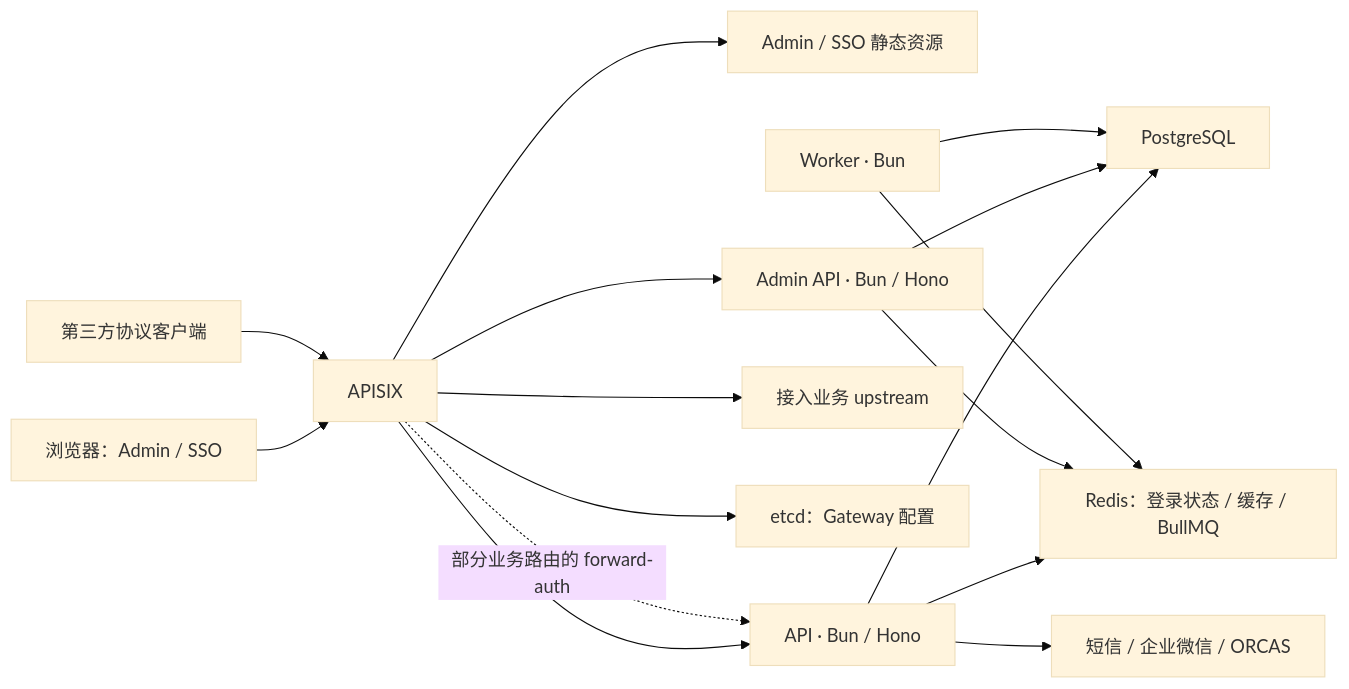
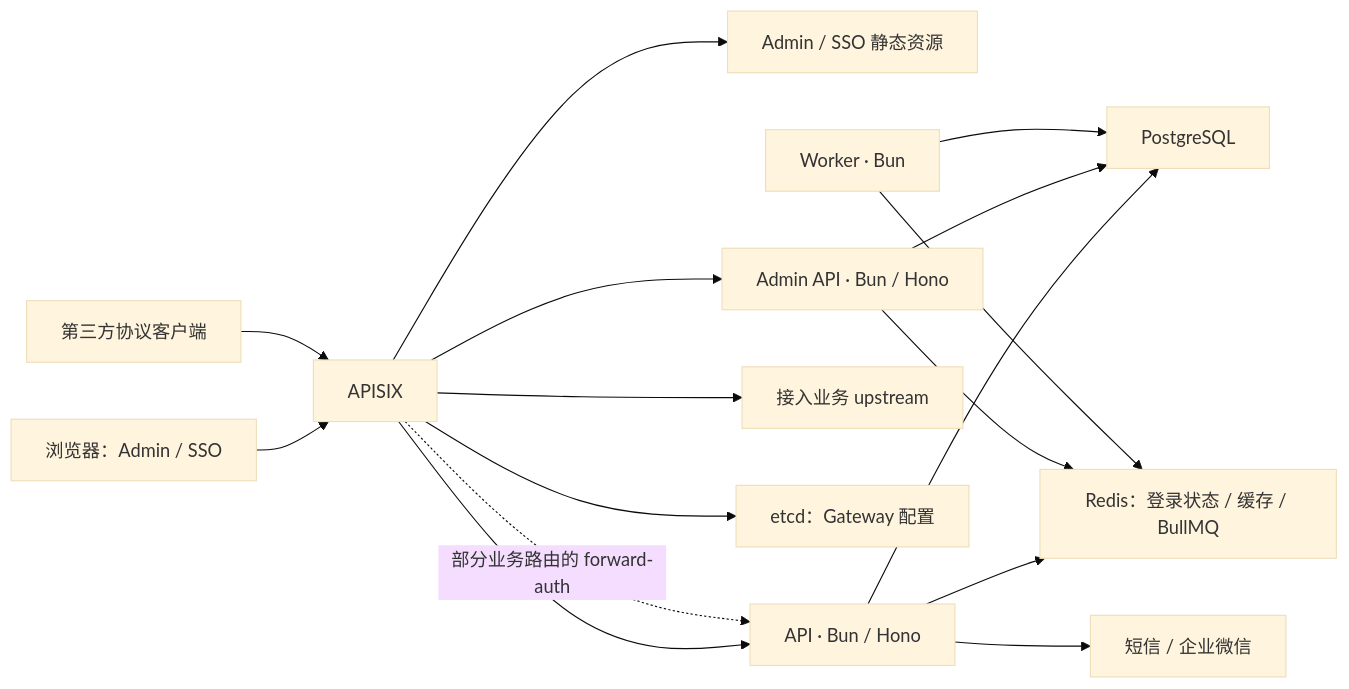
One commit to cyy1998/shgas-iam changed the diagram in docs/architecture/system-architecture.md. Above: the diagram before and after it, drawn with Mermaid (base theme). The commit also changed other lines of this file and 83 other files, not shown here.

````diff
--- a/docs/architecture/system-architecture.md
+++ b/docs/architecture/system-architecture.md
@@ -9,18 +9,18 @@
 ```mermaid
 flowchart LR
   browser["浏览器：Admin / SSO"] --> gateway["APISIX"]
   client["第三方协议客户端"] --> gateway
   gateway --> web["Admin / SSO 静态资源"]
   gateway --> api["API · Bun / Hono"]
   gateway --> admin["Admin API · Bun / Hono"]
   gateway --> business["接入业务 upstream"]
   gateway -. "部分业务路由的 forward-auth" .-> api
   gateway --> etcd["etcd：Gateway 配置"]
   api --> pg["PostgreSQL"]
   admin --> pg
   worker["Worker · Bun"] --> pg
   api --> redis["Redis：登录状态 / 缓存 / BullMQ"]
   admin --> redis
   worker --> redis
-  api --> integrations["短信 / 企业微信 / ORCAS"]
+  api --> integrations["短信 / 企业微信"]
 ```
````
